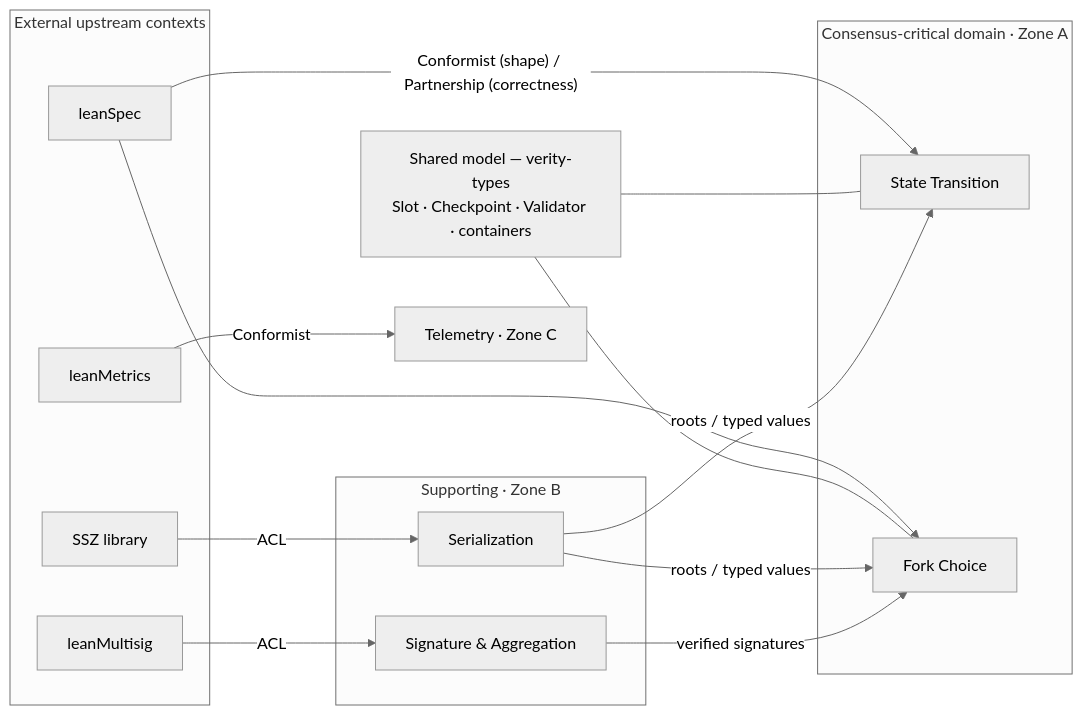
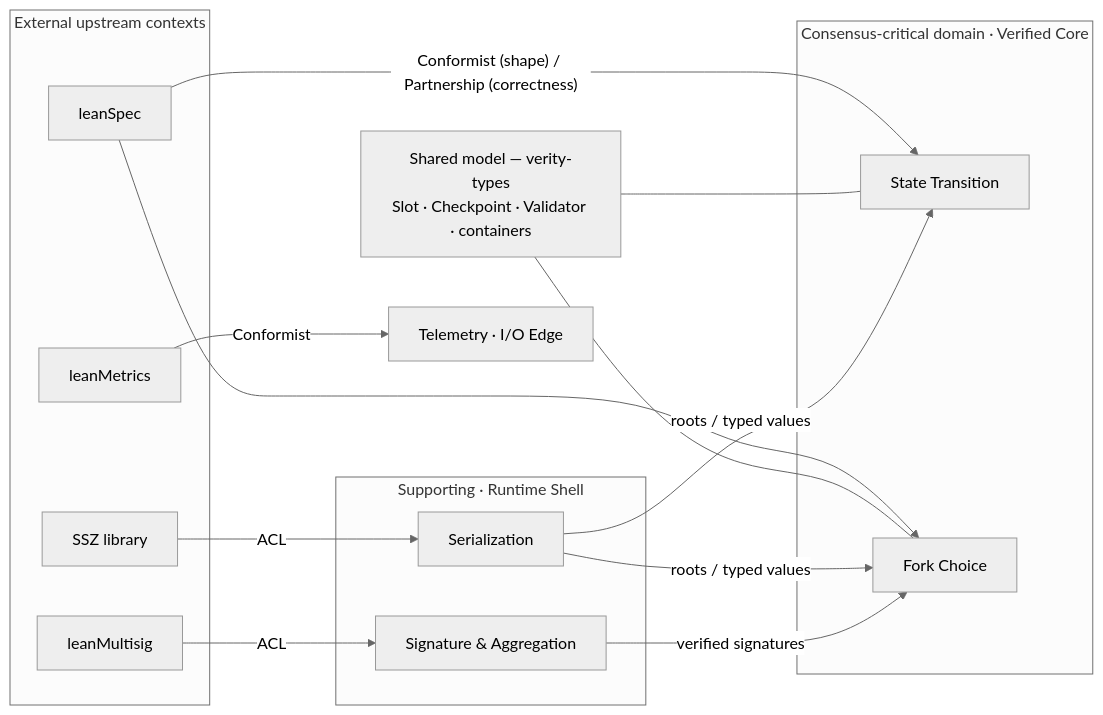
One commit to NyxFoundation/verity changed the first of 4 diagrams in DOMAIN_MODEL.md. Above: the diagram before and after it, drawn with Mermaid (neutral theme). The commit also changed other lines of this file and 2 other files, not shown here.

First line of the commit message:
docs: name the zones Verified Core / Runtime Shell / I/O Edge

````diff
--- a/DOMAIN_MODEL.md
+++ b/DOMAIN_MODEL.md
@@ -73,29 +73,29 @@
 ```mermaid
 flowchart LR
     subgraph ext["External upstream contexts"]
         SPEC["leanSpec"]
         MULTI["leanMultisig"]
         METR["leanMetrics"]
         SSZ["SSZ library"]
     end
-    subgraph consensusD["Consensus-critical domain · Zone A"]
+    subgraph consensusD["Consensus-critical domain · Verified Core"]
         ST["State Transition"]
         FC["Fork Choice"]
     end
-    subgraph supp["Supporting · Zone B"]
+    subgraph supp["Supporting · Runtime Shell"]
         SIG["Signature & Aggregation"]
         SER["Serialization"]
     end
     SK["Shared model — verity-types<br/>Slot · Checkpoint · Validator · containers"]
-    TEL["Telemetry · Zone C"]
+    TEL["Telemetry · I/O Edge"]
     SPEC -->|"Conformist (shape) / Partnership (correctness)"| ST
     SPEC --> FC
     MULTI -->|ACL| SIG
     METR -->|Conformist| TEL
     SSZ -->|ACL| SER
     SK --- ST
     SK --- FC
     SER -->|"roots / typed values"| ST
     SER -->|"roots / typed values"| FC
     SIG -->|"verified signatures"| FC
 ```
````
